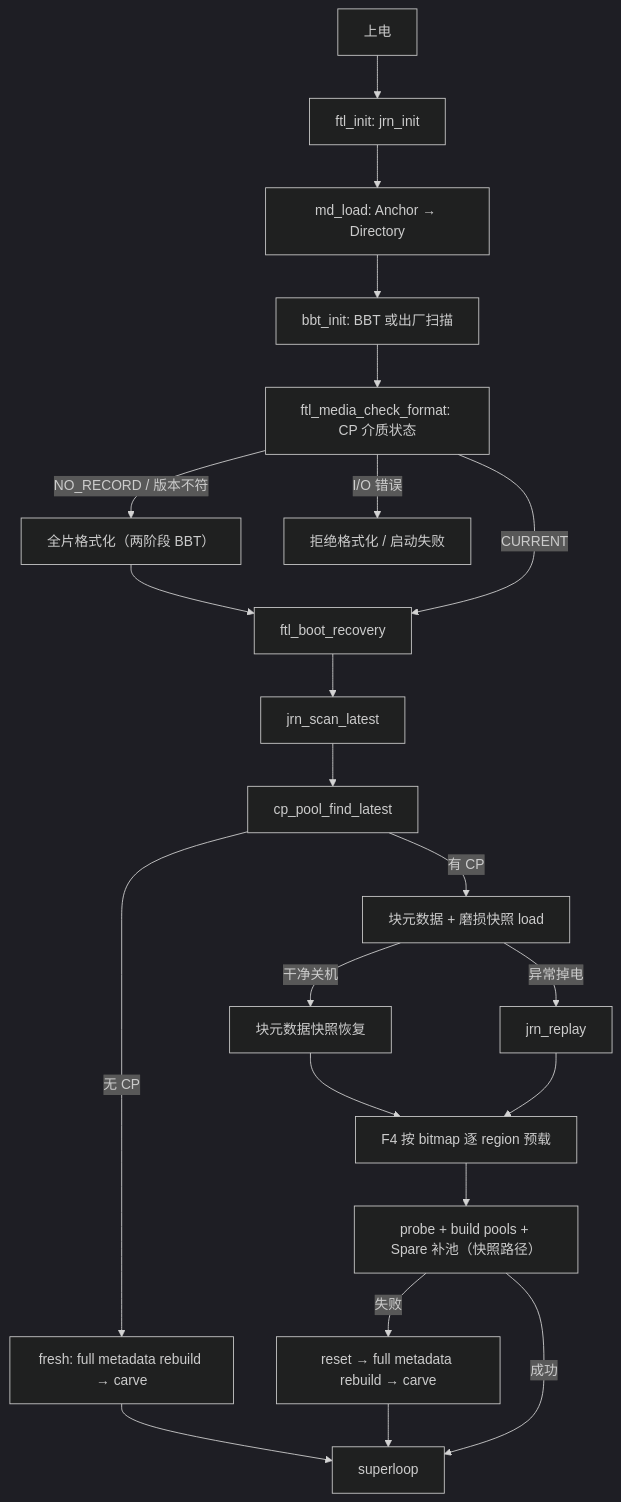
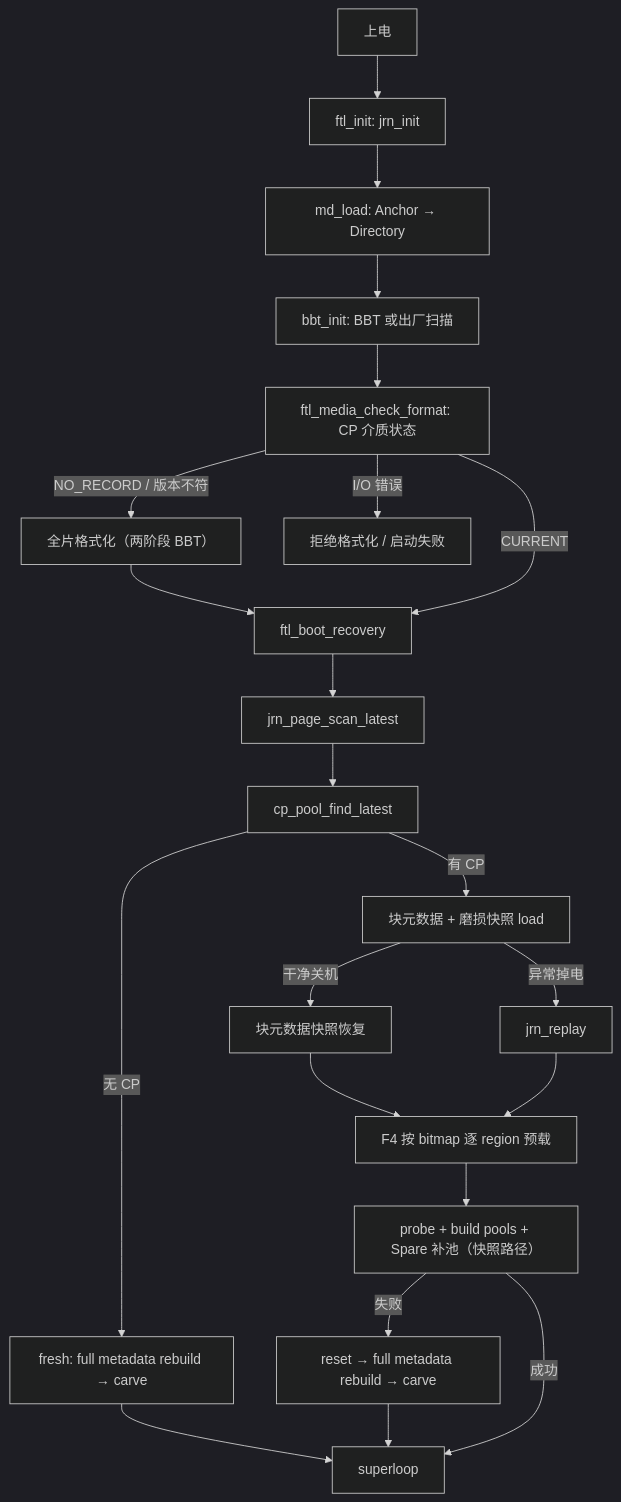
One commit to YzYMIAO/BASESSD changed the third of 32 diagrams in docs/design/ftl_design.md. Above: the diagram before and after it, drawn with Mermaid (dark theme). The commit also changed other lines of this file and 12 other files, not shown here.

````diff
--- a/docs/design/ftl_design.md
+++ b/docs/design/ftl_design.md
@@ -911,24 +911,24 @@
 ```mermaid
 flowchart TD
     PWR["上电"] --> JI["ftl_init: jrn_init"]
     JI --> MDL["md_load: Anchor → Directory"]
     MDL --> BBTI["bbt_init: BBT 或出厂扫描"]
     BBTI --> VER["ftl_media_check_format: CP 介质状态"]
     VER -- "NO_RECORD / 版本不符" --> FMT["全片格式化（两阶段 BBT）"]
     VER -- "I/O 错误" --> HALT["拒绝格式化 / 启动失败"]
     VER -- "CURRENT" --> BR["ftl_boot_recovery"]
     FMT --> BR
-    BR --> JS["jrn_scan_latest"]
+    BR --> JS["jrn_page_scan_latest"]
     JS --> CPF["cp_pool_find_latest"]
     CPF -- "无 CP" --> FRESH["fresh: full metadata rebuild → carve"]
     CPF -- "有 CP" --> LS["块元数据 + 磨损快照 load"]
     LS -- "干净关机" --> CL["块元数据快照恢复"]
     LS -- "异常掉电" --> JR["jrn_replay"]
     CL --> F4["F4 按 bitmap 逐 region 预载"]
     JR --> F4
     F4 --> POOL["probe + build pools + Spare 补池（快照路径）"]
     POOL -- "失败" --> FB["reset → full metadata rebuild → carve"]
     POOL -- "成功" --> LOOP["superloop"]
     FRESH --> LOOP
     FB --> LOOP
 ```
````
